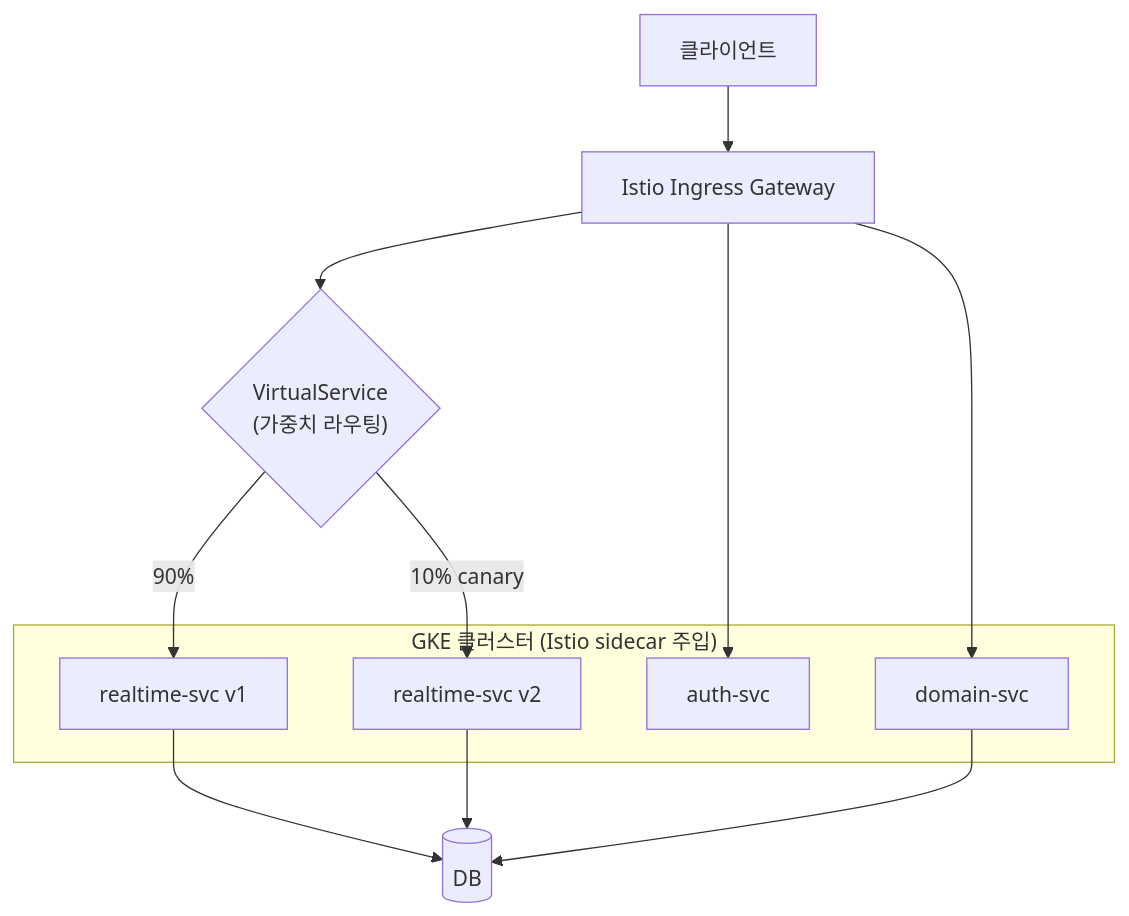
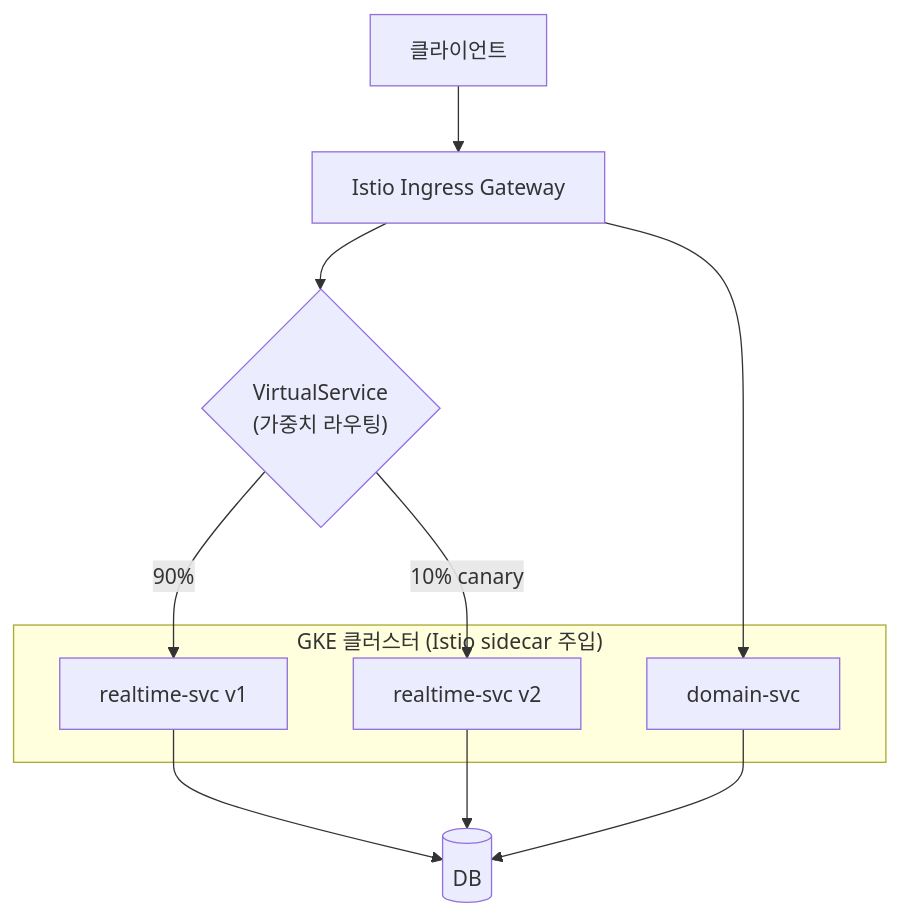
Before and after one commit to catalanpy5/platform-engineer-milestones: the second of 2 diagrams in case-studies/02-monolith-to-microservices-gke-istio.md, drawn with Mermaid. The commit also changed other lines of this file, not shown here.

Commit message:
Update 02

````diff
--- a/case-studies/02-monolith-to-microservices-gke-istio.md
+++ b/case-studies/02-monolith-to-microservices-gke-istio.md
@@ -62,18 +62,16 @@
 ```mermaid
 flowchart TB
   C["클라이언트"] --> GW["Istio Ingress Gateway"]
   GW --> VS{"VirtualService<br/>(가중치 라우팅)"}
   VS -->|"90%"| RTv1["realtime-svc v1"]
   VS -->|"10% canary"| RTv2["realtime-svc v2"]
-  GW --> AUTH["auth-svc"]
   GW --> DOM["domain-svc"]
   RTv1 --> DB[("DB")]
   RTv2 --> DB
   DOM --> DB
   subgraph GKE["GKE 클러스터 (Istio sidecar 주입)"]
     RTv1
     RTv2
-    AUTH
     DOM
   end
 ```
````
